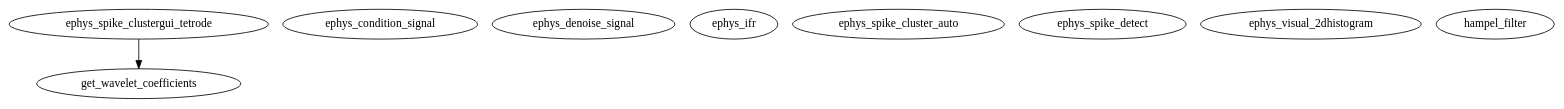
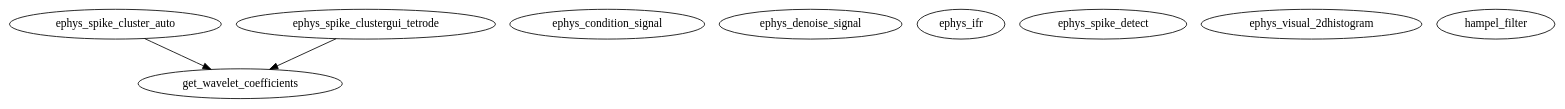
Before and after one commit to jmarkow/ephys: the diagram in doc/ephys/helpers/ephys/graph.dot, drawn with Graphviz. The commit also changed 90 other files, not shown here.

```diff
--- a/doc/ephys/helpers/ephys/graph.dot
+++ b/doc/ephys/helpers/ephys/graph.dot
@@ -1,14 +1,15 @@
 /* Created by mdot for Matlab */
 digraph m2html {
+  ephys_spike_cluster_auto -> get_wavelet_coefficients;
   ephys_spike_clustergui_tetrode -> get_wavelet_coefficients;
 
   ephys_condition_signal [URL="ephys_condition_signal.html"];
   ephys_denoise_signal [URL="ephys_denoise_signal.html"];
   ephys_ifr [URL="ephys_ifr.html"];
   ephys_spike_cluster_auto [URL="ephys_spike_cluster_auto.html"];
   ephys_spike_clustergui_tetrode [URL="ephys_spike_clustergui_tetrode.html"];
   ephys_spike_detect [URL="ephys_spike_detect.html"];
   ephys_visual_2dhistogram [URL="ephys_visual_2dhistogram.html"];
   get_wavelet_coefficients [URL="get_wavelet_coefficients.html"];
   hampel_filter [URL="hampel_filter.html"];
 }
```
